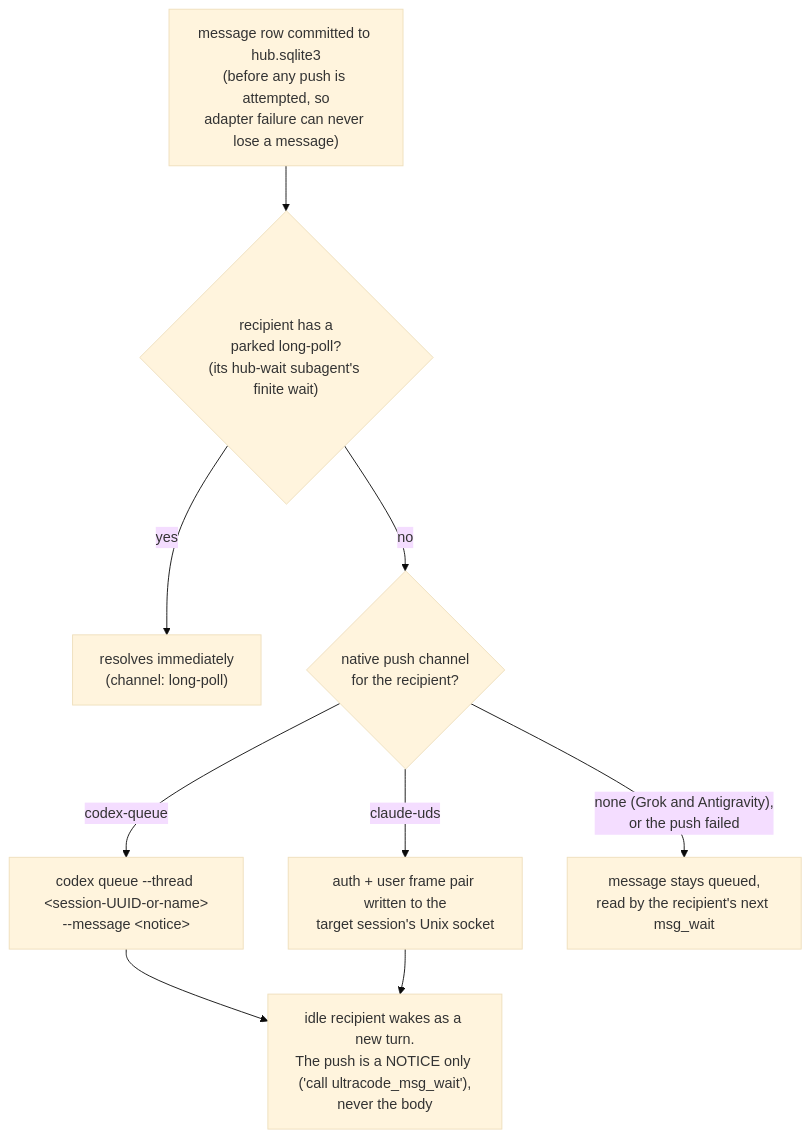
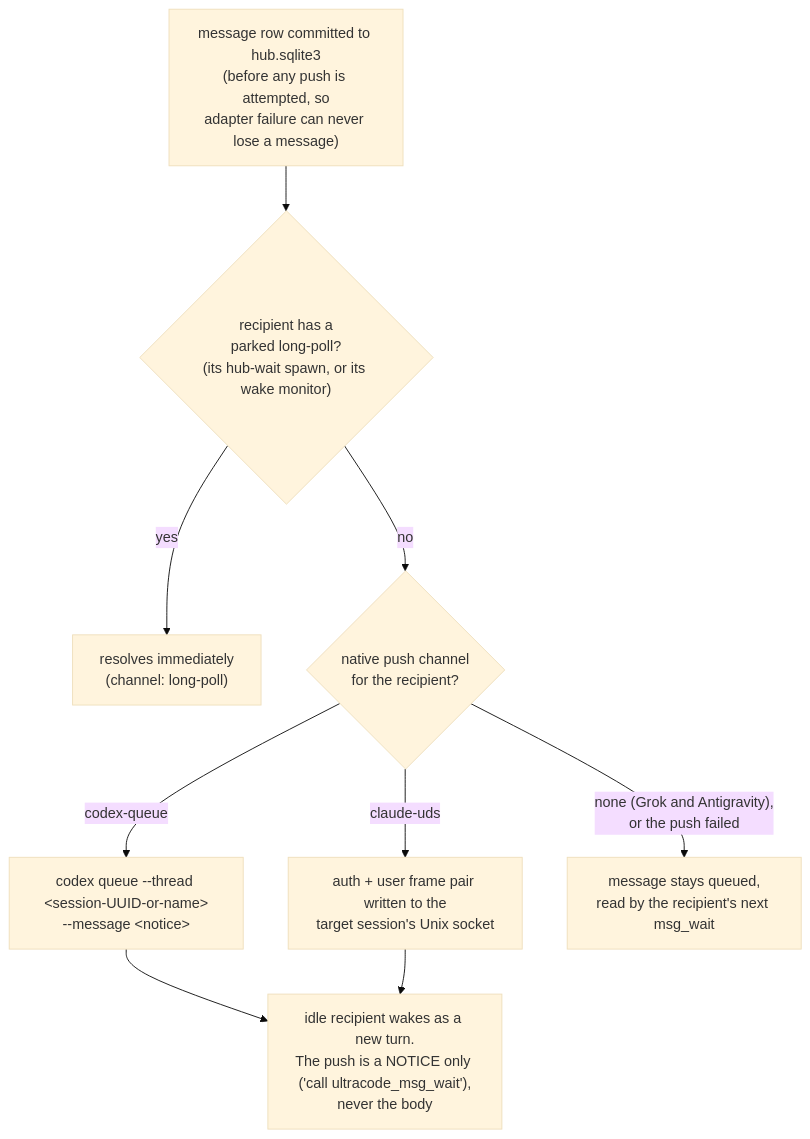
One commit to diepquynh/ultracode changed the second of 4 diagrams in docs/hub.md. Above: the diagram before and after it, drawn with Mermaid (base theme). The commit also changed other lines of this file and 16 other files, not shown here.

````diff
--- a/docs/hub.md
+++ b/docs/hub.md
@@ -89,11 +90,11 @@
 ```mermaid
 flowchart TD
-    COMMIT["message row committed to hub.sqlite3<br/>(before any push is attempted, so<br/>adapter failure can never lose a message)"] --> PARKED{"recipient has a<br/>parked long-poll?<br/>(its hub-wait subagent's finite wait)"}
+    COMMIT["message row committed to hub.sqlite3<br/>(before any push is attempted, so<br/>adapter failure can never lose a message)"] --> PARKED{"recipient has a<br/>parked long-poll?<br/>(its hub-wait spawn, or its wake monitor)"}
     PARKED -- yes --> LP["resolves immediately<br/>(channel: long-poll)"]
     PARKED -- no --> NATIVE{"native push channel<br/>for the recipient?"}
     NATIVE -- codex-queue --> CQ["codex queue --thread &lt;session-UUID-or-name&gt;<br/>--message &lt;notice&gt;"]
     NATIVE -- claude-uds --> CU["auth + user frame pair written to the<br/>target session's Unix socket"]
     CQ --> WOKE
     CU --> WOKE["idle recipient wakes as a new turn.<br/>The push is a NOTICE only ('call ultracode_msg_wait'),<br/>never the body"]
     NATIVE -- "none (Grok and Antigravity),<br/>or the push failed" --> QUEUED["message stays queued,<br/>read by the recipient's next msg_wait"]
 ```
````
